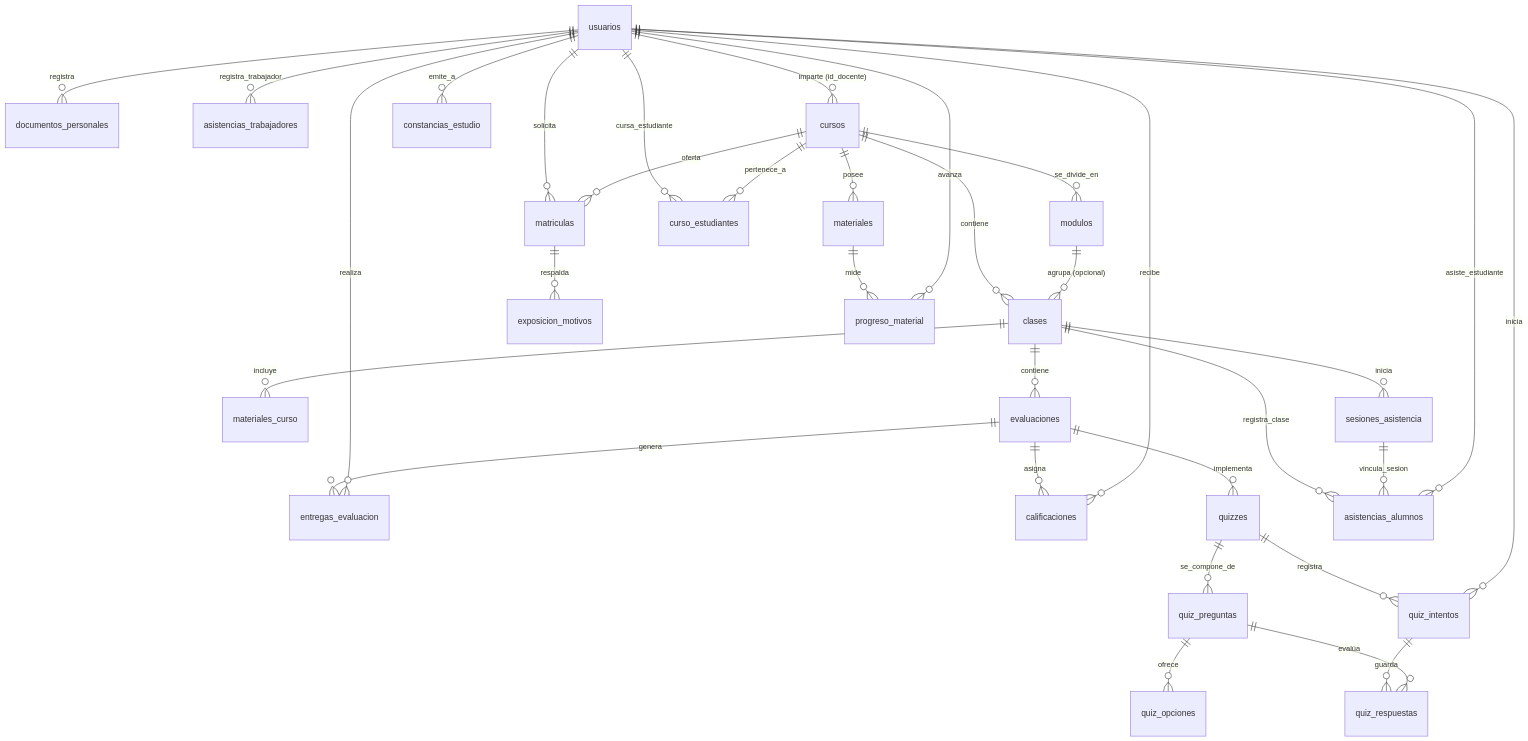
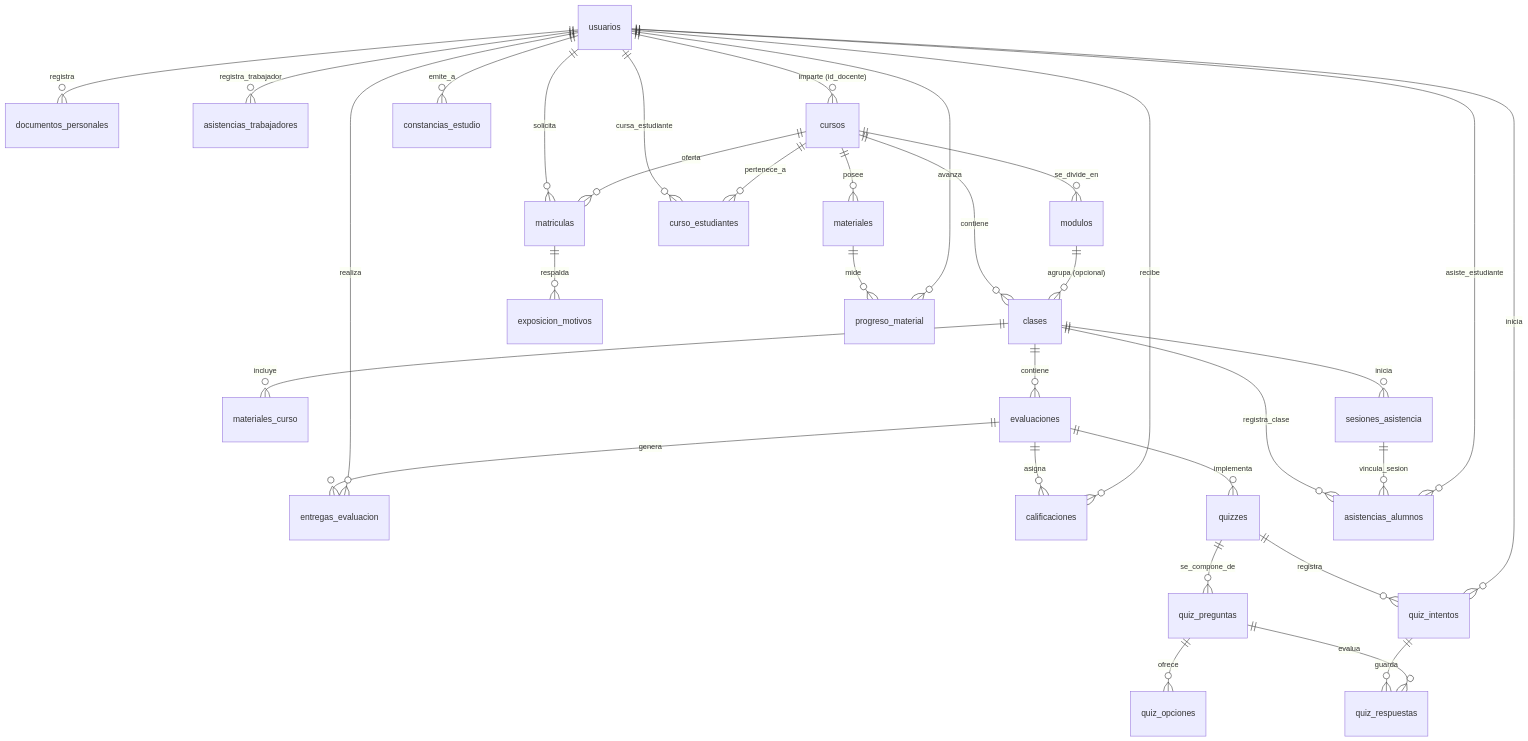
Before and after one commit to Hector-dev/Plataforma_Educativa_Cacique_Tamanaco: the third of 30 diagrams in README.md, drawn with Mermaid. The commit also changed other lines of this file and 1 other file, not shown here.

Commit message:
docs: arreglar render en GitHub y dividir diagramas de componentes por componente

````diff
--- a/README.md
+++ b/README.md
@@ -334,58 +334,58 @@
 ```mermaid
 erDiagram
 
     %% ==========================================
-    %% MÓDULO 1: USUARIOS Y COMUNICACIÓN
+    %% MODULO 1: USUARIOS Y COMUNICACION
     %% ==========================================
     usuarios ||--o{ documentos_personales : "registra"
     usuarios ||--o{ asistencias_trabajadores : "registra_trabajador"
 
     %% ==========================================
-    %% MÓDULO 2: ESTRUCTURA ACADÉMICA Y CONTENIDOS
+    %% MODULO 2: ESTRUCTURA ACADEMICA Y CONTENIDOS
     %% ==========================================
     usuarios ||--o{ cursos : "imparte (id_docente)"
     cursos ||--o{ modulos : "se_divide_en"
     cursos ||--o{ clases : "contiene"
     cursos ||--o{ materiales : "posee"
     modulos ||--o{ clases : "agrupa (opcional)"
     clases ||--o{ materiales_curso : "incluye"
 
     %% ==========================================
-    %% MÓDULO 3: MATRÍCULA Y TRÁMITES
+    %% MODULO 3: MATRICULA Y TRAMITES
     %% ==========================================
     usuarios ||--o{ curso_estudiantes : "cursa_estudiante"
     cursos ||--o{ curso_estudiantes : "pertenece_a"
     usuarios ||--o{ matriculas : "solicita"
     cursos ||--o{ matriculas : "oferta"
     matriculas ||--o{ exposicion_motivos : "respalda"
     usuarios ||--o{ constancias_estudio : "emite_a"
 
     %% ==========================================
-    %% MÓDULO 4: EVALUACIONES, ENTREGAS Y QUIZZES
+    %% MODULO 4: EVALUACIONES, ENTREGAS Y QUIZZES
     %% ==========================================
     clases ||--o{ evaluaciones : "contiene"
     evaluaciones ||--o{ entregas_evaluacion : "genera"
     evaluaciones ||--o{ calificaciones : "asigna"
     evaluaciones ||--o{ quizzes : "implementa"
 
     usuarios ||--o{ entregas_evaluacion : "realiza"
     usuarios ||--o{ calificaciones : "recibe"
 
     quizzes ||--o{ quiz_preguntas : "se_compone_de"
     quiz_preguntas ||--o{ quiz_opciones : "ofrece"
     quizzes ||--o{ quiz_intentos : "registra"
     usuarios ||--o{ quiz_intentos : "inicia"
     quiz_intentos ||--o{ quiz_respuestas : "guarda"
-    quiz_preguntas ||--o{ quiz_respuestas : "evalúa"
+    quiz_preguntas ||--o{ quiz_respuestas : "evalua"
 
     %% ==========================================
-    %% MÓDULO 5: SEGUIMIENTO Y ASISTENCIA
+    %% MODULO 5: SEGUIMIENTO Y ASISTENCIA
     %% ==========================================
     clases ||--o{ sesiones_asistencia : "inicia"
     clases ||--o{ asistencias_alumnos : "registra_clase"
     sesiones_asistencia ||--o{ asistencias_alumnos : "vincula_sesion"
     usuarios ||--o{ asistencias_alumnos : "asiste_estudiante"
 
     materiales ||--o{ progreso_material : "mide"
     usuarios ||--o{ progreso_material : "avanza"
 ```
````
